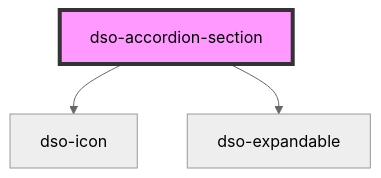
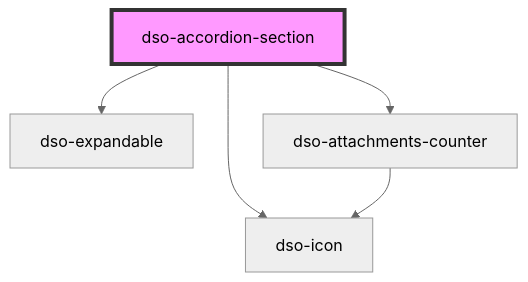
The diagram in packages/core/src/components/accordion/components/readme.md (dso-toolkit/dso-toolkit), drawn with Mermaid (neutral theme) before and after one commit. The commit also changed other lines of this file and 16 other files, not shown here.

Commit message:
#2408 [Added] Accordion: `onDsoAnimationStartEvent`, instant `scrollIntoView()`, `hasNestedAccordion` prop en `AccordionSection.focusHandle()`

````diff
--- a/packages/core/src/components/accordion/components/readme.md
+++ b/packages/core/src/components/accordion/components/readme.md
@@ -36,6 +52,8 @@
 ```mermaid
 graph TD;
   dso-accordion-section --> dso-icon
   dso-accordion-section --> dso-expandable
+  dso-accordion-section --> dso-attachments-counter
+  dso-attachments-counter --> dso-icon
   style dso-accordion-section fill:#f9f,stroke:#333,stroke-width:4px
 ```
````
